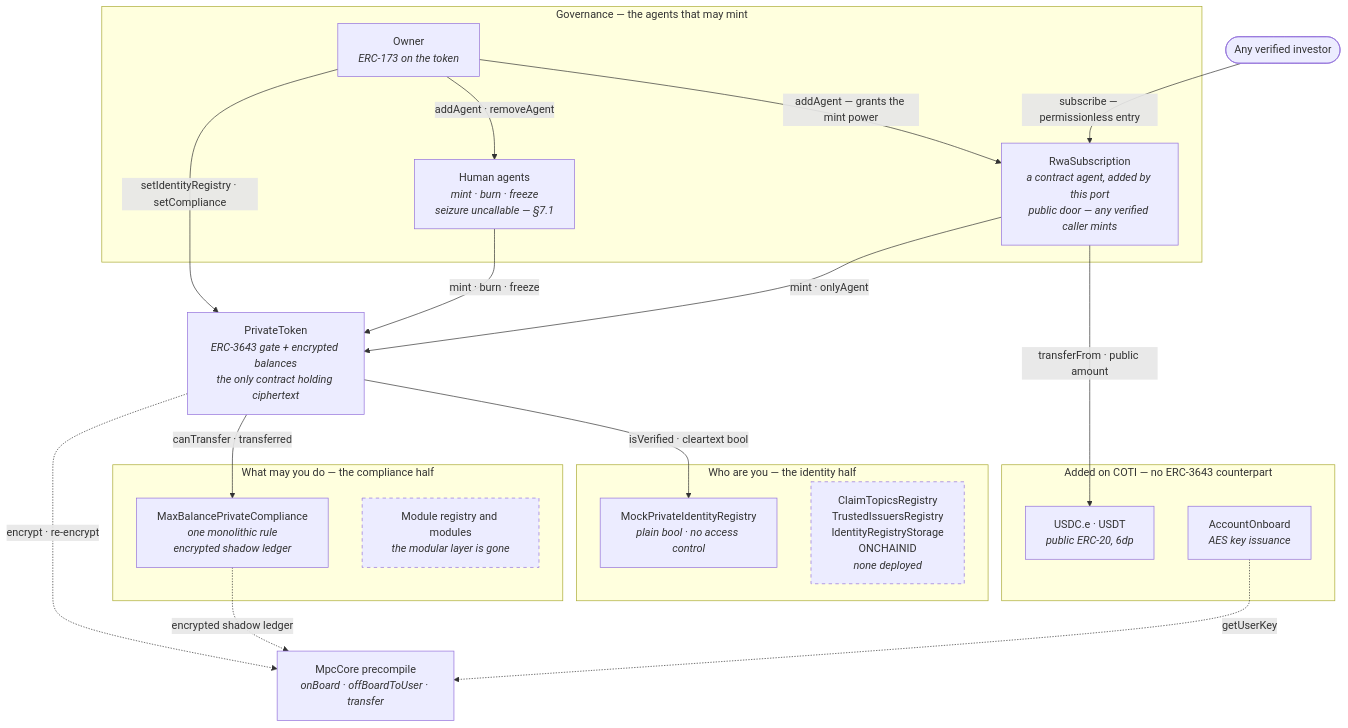
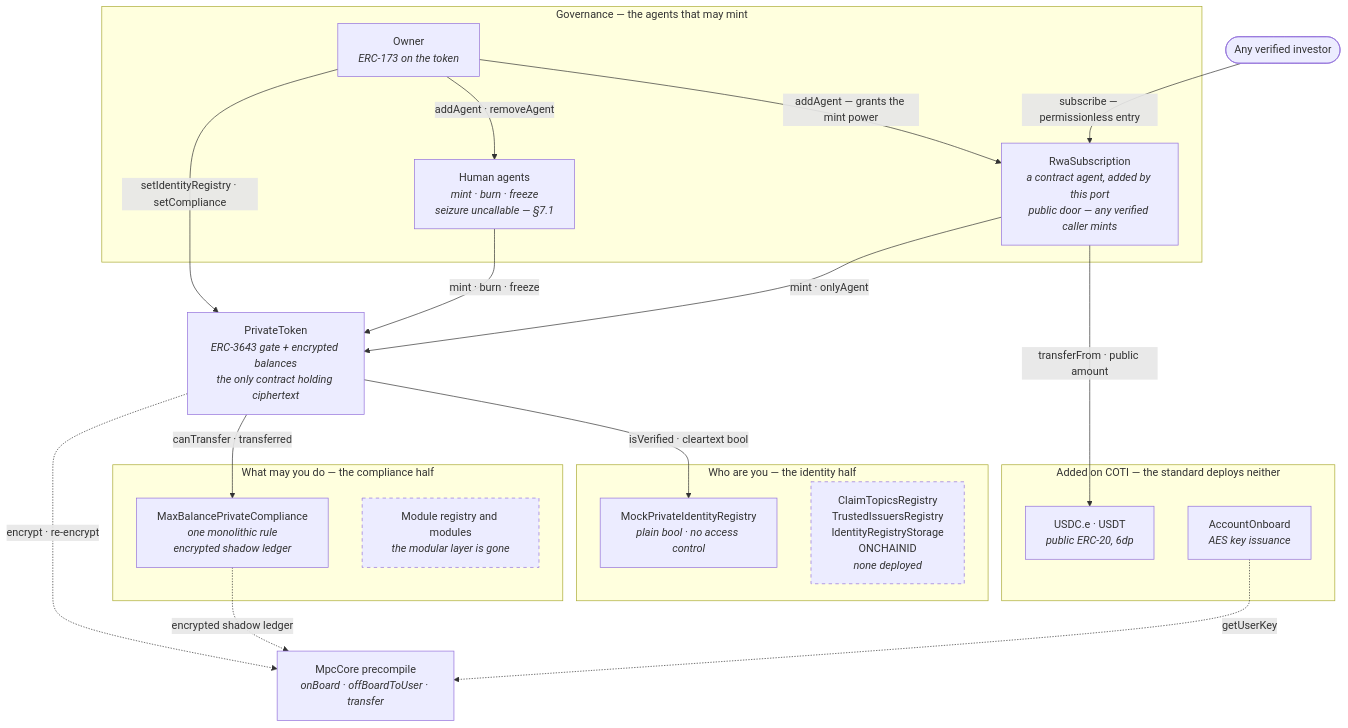
One commit to plucena/rwa changed the first of 2 diagrams in PRIVACY-IMPLEMENTATION.md. Above: the diagram before and after it, drawn with Mermaid. The commit also changed other lines of this file, not shown here.

First line of the commit message:
Stop calling RwaSubscription a contract with no counterpart

````diff
--- a/PRIVACY-IMPLEMENTATION.md
+++ b/PRIVACY-IMPLEMENTATION.md
@@ -70,48 +86,48 @@
 ```mermaid
 graph TB
     subgraph Roles["Governance — the agents that may mint"]
         Owner["Owner<br/><i>ERC-173 on the token</i>"]
         Agent["Human agents<br/><i>mint · burn · freeze</i><br/><i>seizure uncallable — §7.1</i>"]
         S["RwaSubscription<br/><i>a contract agent, added by this port</i><br/><i>public door — any verified caller mints</i>"]
     end
 
     Inv(["Any verified investor"])
 
     T["PrivateToken<br/><i>ERC-3643 gate + encrypted balances</i><br/><i>the only contract holding ciphertext</i>"]
 
     subgraph Identity["Who are you — the identity half"]
         IR["MockPrivateIdentityRegistry<br/><i>plain bool · no access control</i>"]
         ABS["ClaimTopicsRegistry<br/>TrustedIssuersRegistry<br/>IdentityRegistryStorage<br/>ONCHAINID<br/><i>none deployed</i>"]
     end
 
     subgraph Rules["What may you do — the compliance half"]
         MC["MaxBalancePrivateCompliance<br/><i>one monolithic rule</i><br/><i>encrypted shadow ledger</i>"]
         MODS["Module registry and modules<br/><i>the modular layer is gone</i>"]
     end
 
-    subgraph New["Added on COTI — no ERC-3643 counterpart"]
+    subgraph New["Added on COTI — the standard deploys neither"]
         Pay["USDC.e · USDT<br/><i>public ERC-20, 6dp</i>"]
         Onb["AccountOnboard<br/><i>AES key issuance</i>"]
     end
 
     MPC["MpcCore precompile<br/><i>onBoard · offBoardToUser · transfer</i>"]
 
     Owner -->|"setIdentityRegistry · setCompliance"| T
     Owner -->|"addAgent · removeAgent"| Agent
     Owner -->|"addAgent — grants the mint power"| S
     Agent -->|"mint · burn · freeze"| T
 
     Inv -->|"subscribe — permissionless entry"| S
     S -->|"mint · onlyAgent"| T
     S -->|"transferFrom · public amount"| Pay
 
     T -->|"isVerified · cleartext bool"| IR
     T -->|"canTransfer · transferred"| MC
 
     T -.->|"encrypt · re-encrypt"| MPC
     MC -.->|"encrypted shadow ledger"| MPC
     Onb -.->|"getUserKey"| MPC
 
     classDef absent stroke-dasharray:5 5
     class ABS,MODS absent
 ```
````
